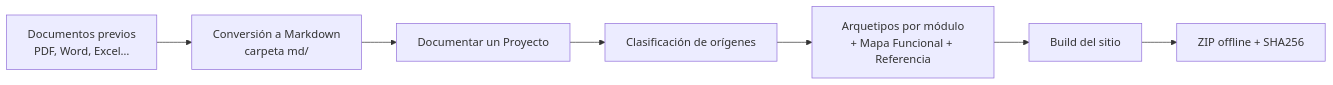
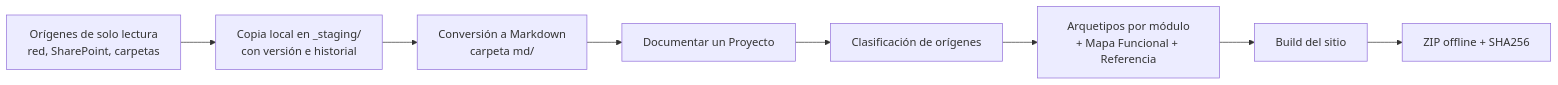
The first of 2 diagrams in docs/functional/index.md (fmanza/doc_ia), drawn with Mermaid before and after one commit. The commit also changed other lines of this file and 29 other files, not shown here.

First line of the commit message:
feat(document-project): orígenes remotos, de red y versionados (Fase 0-pre)

````diff
--- a/docs/functional/index.md
+++ b/docs/functional/index.md
@@ -42,11 +44,12 @@
 ```mermaid
 flowchart LR
     accTitle: Recorrido de documentos previos a ZIP offline
-    accDescr: Los documentos previos se convierten a Markdown, se documenta el proyecto clasificando orígenes y aplicando arquetipos, y se construye el sitio y su ZIP offline con SHA256.
-    A[Documentos previos<br/>PDF, Word, Excel…] --> B[Conversión a Markdown<br/>carpeta md/]
+    accDescr: Los documentos previos se copian de su ubicación de solo lectura a una zona de trabajo local, se convierten a Markdown, se documenta el proyecto clasificando orígenes y aplicando arquetipos, y se construye el sitio y su ZIP offline con SHA256.
+    S[Orígenes de solo lectura<br/>red, SharePoint, carpetas] --> A
+    A[Copia local en _staging/<br/>con versión e historial] --> B[Conversión a Markdown<br/>carpeta md/]
     B --> C[Documentar un Proyecto]
     C --> D[Clasificación de orígenes]
     D --> E[Arquetipos por módulo<br/>+ Mapa Funcional + Referencia]
     E --> F[Build del sitio]
     F --> G[ZIP offline + SHA256]
 ```
````
